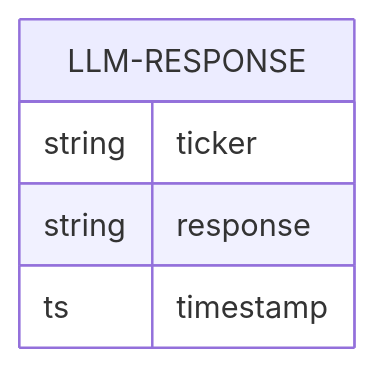
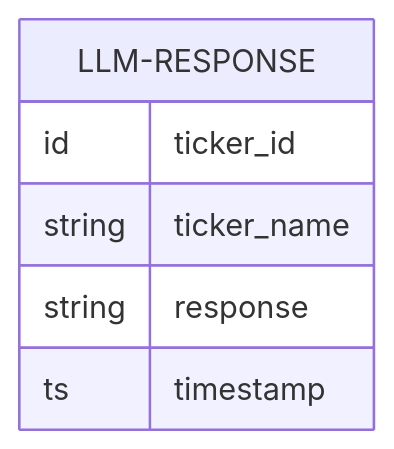
One commit to daoudmerchant/stocks-gpt changed the diagram in docs/data-structure.md. Above: the diagram before and after it, drawn with Mermaid. The commit also changed 6 other files, not shown here.

````diff
--- a/docs/data-structure.md
+++ b/docs/data-structure.md
@@ -1,8 +1,9 @@
 ```mermaid
 erDiagram
     LLM-RESPONSE {
-        string ticker
+        id ticker_id
+        string ticker_name
         string response
         ts timestamp
     }
 ```
````
